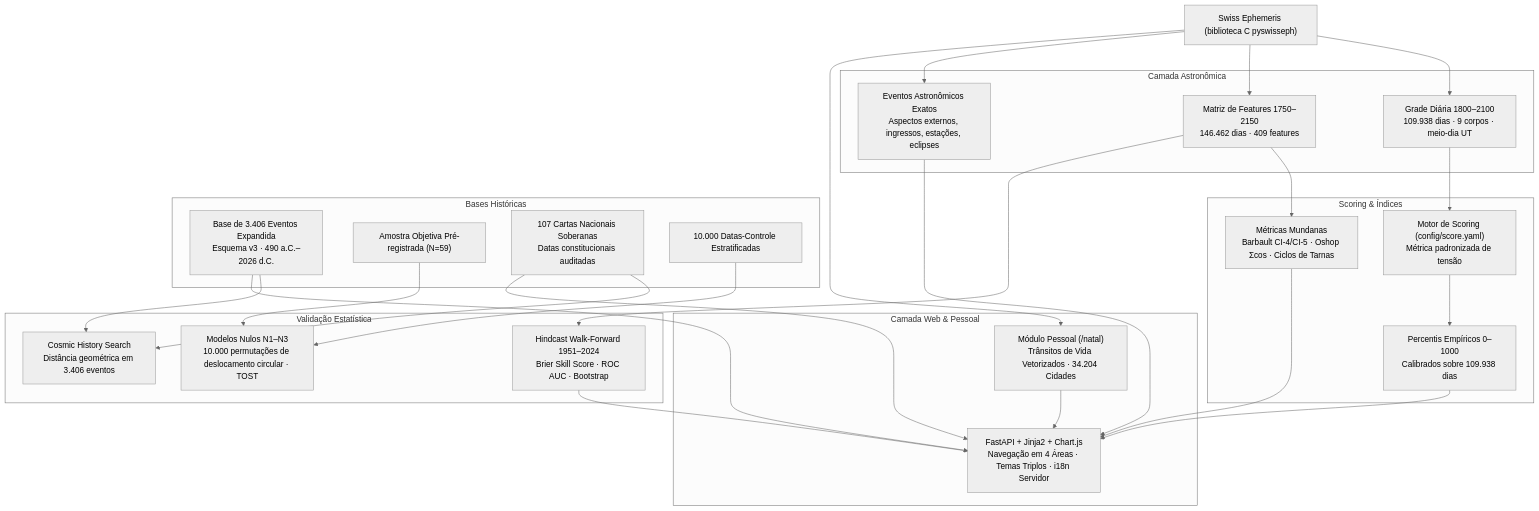
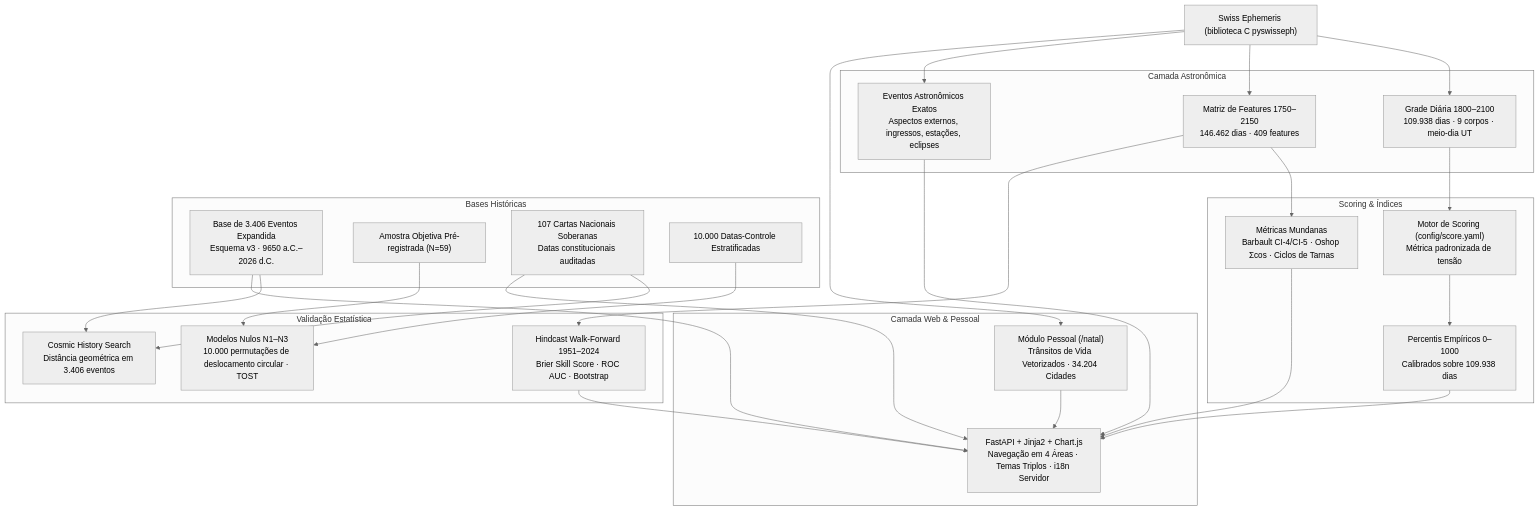
Before and after one commit to marceloasl99/astro-history: the diagram in README_PT.md, drawn with Mermaid (neutral theme). The commit also changed other lines of this file and 17 other files, not shown here.

````diff
--- a/README_PT.md
+++ b/README_PT.md
@@ -123,42 +123,42 @@
 ```mermaid
 flowchart TD
     SWE["Swiss Ephemeris (biblioteca C pyswisseph)"]
 
     subgraph "Camada Astronômica"
         GRID["Grade Diária 1800–2100<br/>109.938 dias · 9 corpos · meio-dia UT"]
         FEAT["Matriz de Features 1750–2150<br/>146.462 dias · 409 features"]
         EXACT["Eventos Astronômicos Exatos<br/>Aspectos externos, ingressos, estações, eclipses"]
     end
 
     subgraph "Scoring & Índices"
         SCORE["Motor de Scoring (config/score.yaml)<br/>Métrica padronizada de tensão"]
         PCT["Percentis Empíricos 0–1000<br/>Calibrados sobre 109.938 dias"]
         MUNDANE["Métricas Mundanas<br/>Barbault CI-4/CI-5 · Oshop Σcos · Ciclos de Tarnas"]
     end
 
     subgraph "Bases Históricas"
-        CAT["Base de 3.406 Eventos Expandida<br/>Esquema v3 · 490 a.C.–2026 d.C."]
+        CAT["Base de 3.406 Eventos Expandida<br/>Esquema v3 · 9650 a.C.–2026 d.C."]
         V2["Amostra Objetiva Pré-registrada (N=59)"]
         NAT["107 Cartas Nacionais Soberanas<br/>Datas constitucionais auditadas"]
         CTRL["10.000 Datas-Controle Estratificadas"]
     end
 
     subgraph "Validação Estatística"
         NULL["Modelos Nulos N1–N3<br/>10.000 permutações de deslocamento circular · TOST"]
         HIND["Hindcast Walk-Forward 1951–2024<br/>Brier Skill Score · ROC AUC · Bootstrap"]
         ANALOG["Cosmic History Search<br/>Distância geométrica em 3.406 eventos"]
     end
 
     subgraph "Camada Web & Pessoal"
         APP["FastAPI + Jinja2 + Chart.js<br/>Navegação em 4 Áreas · Temas Triplos · i18n Servidor"]
         NATAL["Módulo Pessoal (/natal)<br/>Trânsitos de Vida Vetorizados · 34.204 Cidades"]
     end
 
     SWE --> GRID & FEAT & EXACT
     GRID --> SCORE --> PCT
     FEAT --> MUNDANE & HIND
     CAT & NAT --> ANALOG & APP
     V2 & CTRL --> NULL
     PCT & EXACT & HIND & MUNDANE --> APP
     SWE --> NATAL --> APP
 ```
````
